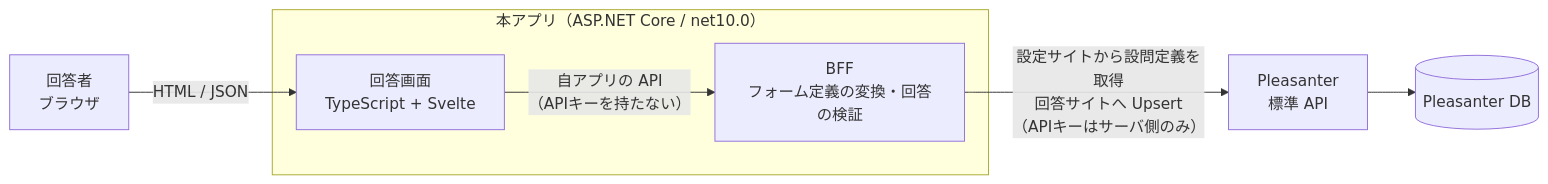
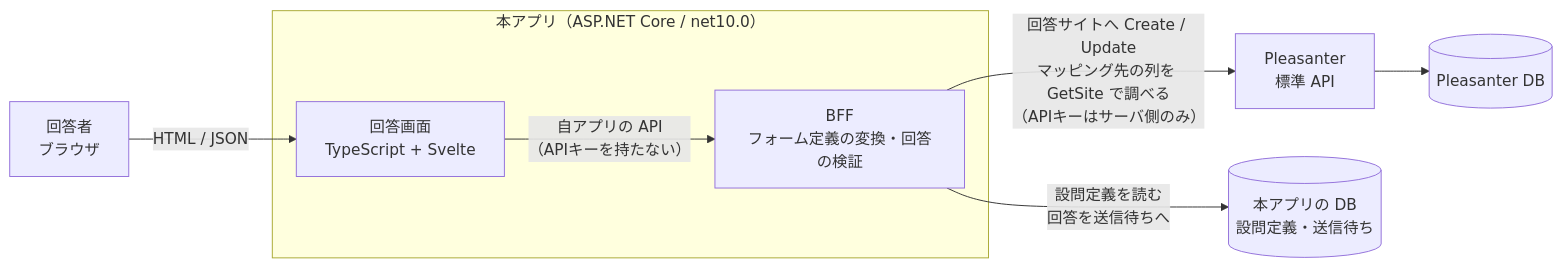
One commit to vehiclevisionjp/VehicleVision.PleasanterTools.Questionnaire changed the first of 5 diagrams in _documents/アーキテクチャ方針.md. Above: the diagram before and after it, drawn with Mermaid. The commit also changed other lines of this file and 24 other files, not shown here.

````diff
--- a/_documents/アーキテクチャ方針.md
+++ b/_documents/アーキテクチャ方針.md
@@ -38,15 +41,17 @@
 ```mermaid
 flowchart LR
     U["回答者<br/>ブラウザ"]
     subgraph APP["本アプリ（ASP.NET Core / net10.0）"]
         BFF["BFF<br/>フォーム定義の変換・回答の検証"]
         SPA["回答画面<br/>TypeScript + Svelte"]
     end
     PL["Pleasanter<br/>標準 API"]
+    QDB[("本アプリの DB<br/>設問定義・送信待ち")]
     DB[("Pleasanter DB")]
 
     U -->|"HTML / JSON"| SPA
     SPA -->|"自アプリの API<br/>（APIキーを持たない）"| BFF
-    BFF -->|"設定サイトから設問定義を取得<br/>回答サイトへ Upsert<br/>（APIキーはサーバ側のみ）"| PL
+    BFF -->|"設問定義を読む<br/>回答を送信待ちへ"| QDB
+    BFF -->|"回答サイトへ Create / Update<br/>マッピング先の列を GetSite で調べる<br/>（APIキーはサーバ側のみ）"| PL
     PL --> DB
 ```
````
